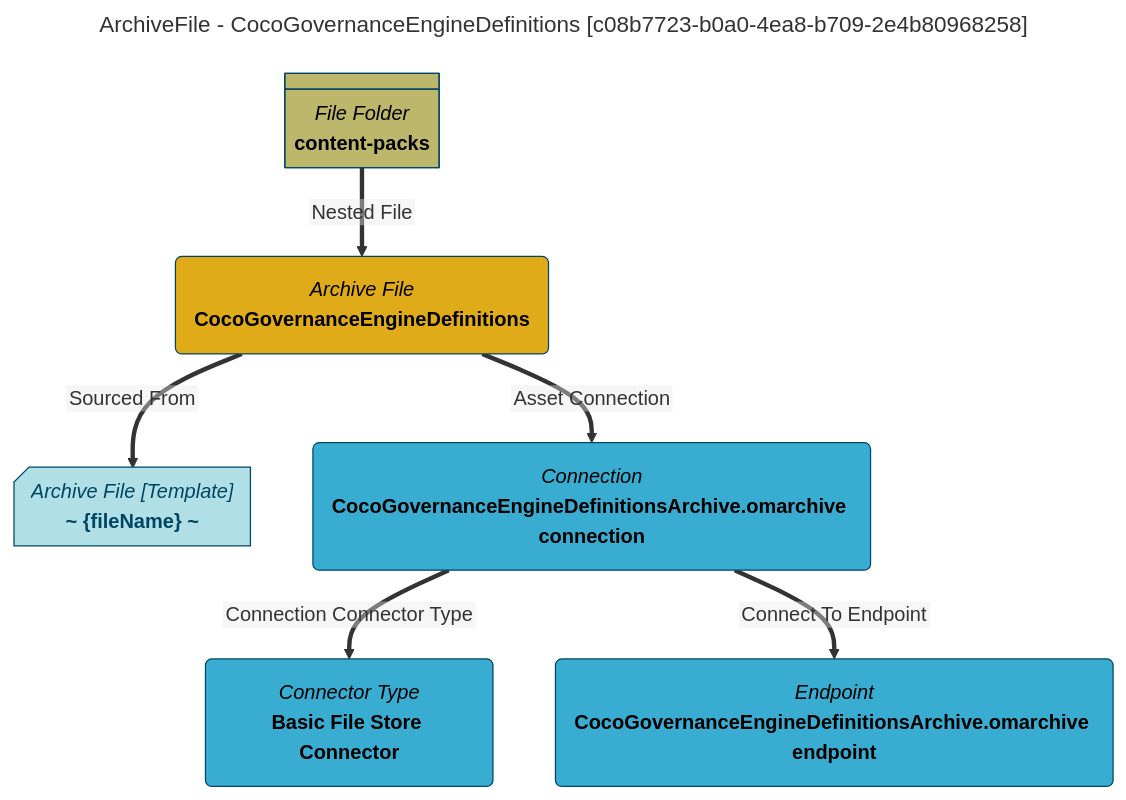
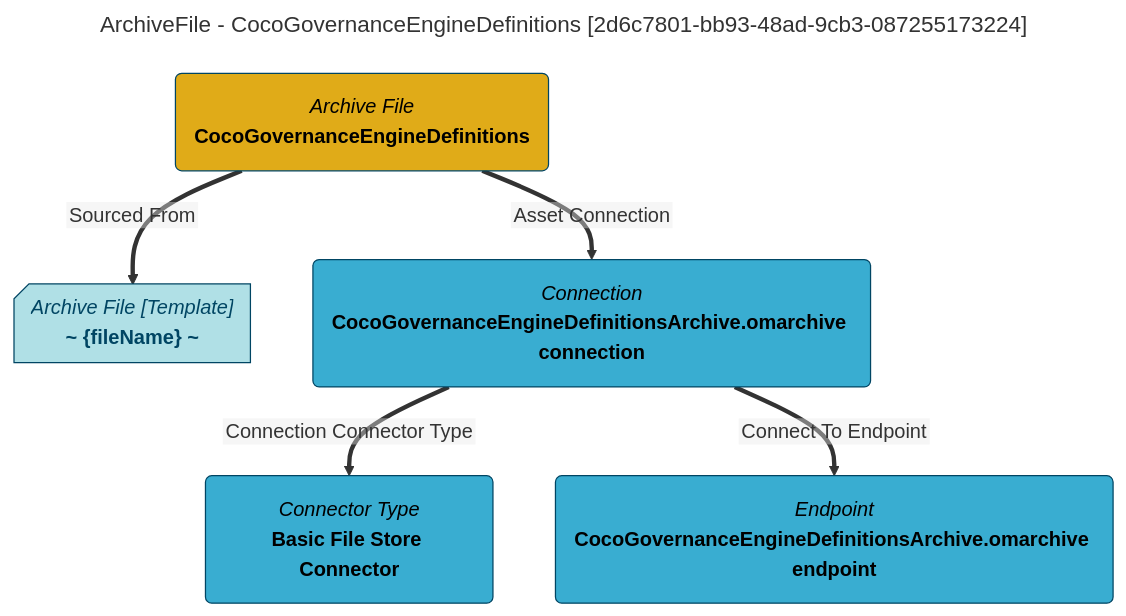
The diagram in site/snippets/data-assets/cocogovernanceenginedefinitions-mermaid-graph.md (odpi/egeria-docs), drawn with Mermaid before and after one commit. The commit also changed 2201 other files, not shown here.

````diff
--- a/site/snippets/data-assets/cocogovernanceenginedefinitions-mermaid-graph.md
+++ b/site/snippets/data-assets/cocogovernanceenginedefinitions-mermaid-graph.md
@@ -1,31 +1,27 @@
 ```mermaid
 ---
-title: ArchiveFile - CocoGovernanceEngineDefinitions [c08b7723-b0a0-4ea8-b709-2e4b80968258]
+title: ArchiveFile - CocoGovernanceEngineDefinitions [2d6c7801-bb93-48ad-9cb3-087255173224]
 ---
 flowchart TD
 %%{init: {"flowchart": {"htmlLabels": false}} }%%
 
 1@{ shape: rounded, label: "*Archive File*
 **CocoGovernanceEngineDefinitions**"}
 2@{ shape: card, label: "*Archive File [Template]*
 **~ {fileName} ~**"}
 1==>|"Sourced From"|2
 3@{ shape: rounded, label: "*Connection*
 **CocoGovernanceEngineDefinitionsArchive.omarchive connection**"}
 1==>|"Asset Connection"|3
 4@{ shape: rounded, label: "*Connector Type*
 **Basic File Store Connector**"}
 3==>|"Connection Connector Type"|4
 5@{ shape: rounded, label: "*Endpoint*
 **CocoGovernanceEngineDefinitionsArchive.omarchive endpoint**"}
 3==>|"Connect To Endpoint"|5
-6@{ shape: div-rect, label: "*File Folder*
-**content-packs**"}
-6==>|"Nested File"|1
 style 1 color:#000000, fill:#e0ab18, stroke:#004563
 style 2 color:#004563, fill:#b0e0e6, stroke:#004563
 style 3 color:#000000, fill:#39add1, stroke:#004563
 style 4 color:#000000, fill:#39add1, stroke:#004563
 style 5 color:#000000, fill:#39add1, stroke:#004563
-style 6 color:#000000, fill:#bdb76b, stroke:#004563
 ```
````
